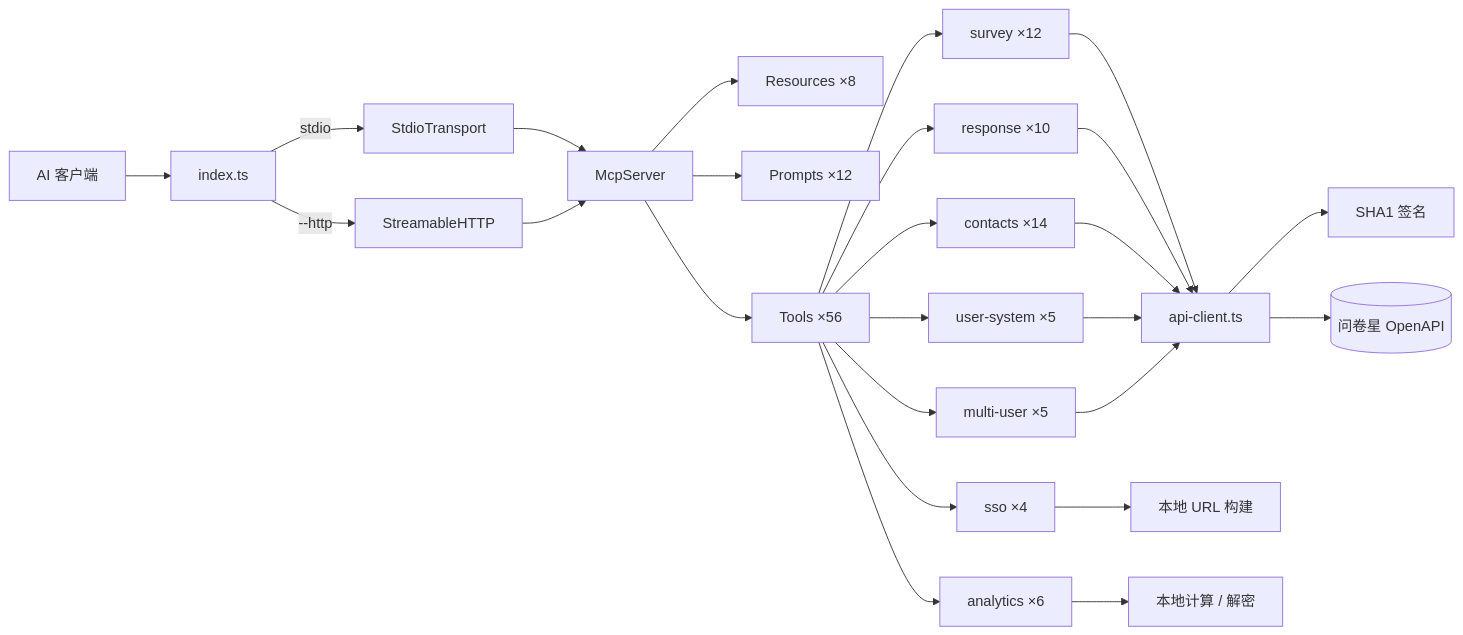
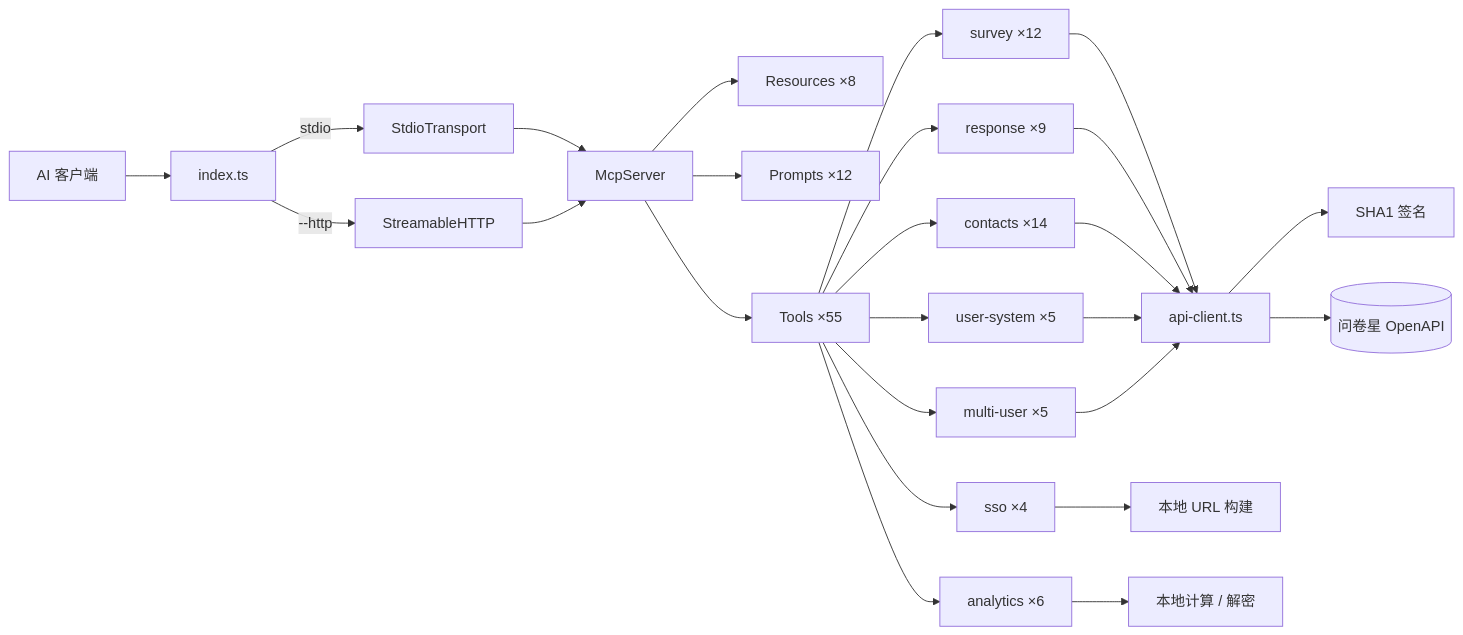
The diagram in wjx-ai-kit/wjx-mcp-server/README.md (wjxcom/wjx-ai-kit), drawn with Mermaid before and after one commit. The commit also changed other lines of this file and 17 other files, not shown here.

````diff
--- a/wjx-ai-kit/wjx-mcp-server/README.md
+++ b/wjx-ai-kit/wjx-mcp-server/README.md
@@ -48,28 +48,28 @@
 ```mermaid
 flowchart LR
     Client[AI 客户端] --> Entry[index.ts]
     Entry --> |stdio| STDIO[StdioTransport]
     Entry --> |--http| HTTP[StreamableHTTP]
 
     STDIO --> Server[McpServer]
     HTTP --> Server
 
     Server --> R[Resources ×8]
     Server --> P[Prompts ×12]
-    Server --> Tools[Tools ×56]
+    Server --> Tools[Tools ×55]
 
     Tools --> S1[survey ×12]
-    Tools --> S2[response ×10]
+    Tools --> S2[response ×9]
     Tools --> S3[contacts ×14]
     Tools --> S4[sso ×4]
     Tools --> S5[user-system ×5]
     Tools --> S6[multi-user ×5]
     Tools --> S7[analytics ×6]
 
     S1 & S2 & S3 & S5 & S6 --> API[api-client.ts]
     API --> Sign[SHA1 签名]
     API --> WJX[(问卷星 OpenAPI)]
 
     S4 --> URL[本地 URL 构建]
     S7 --> Calc[本地计算 / 解密]
 ```
````
